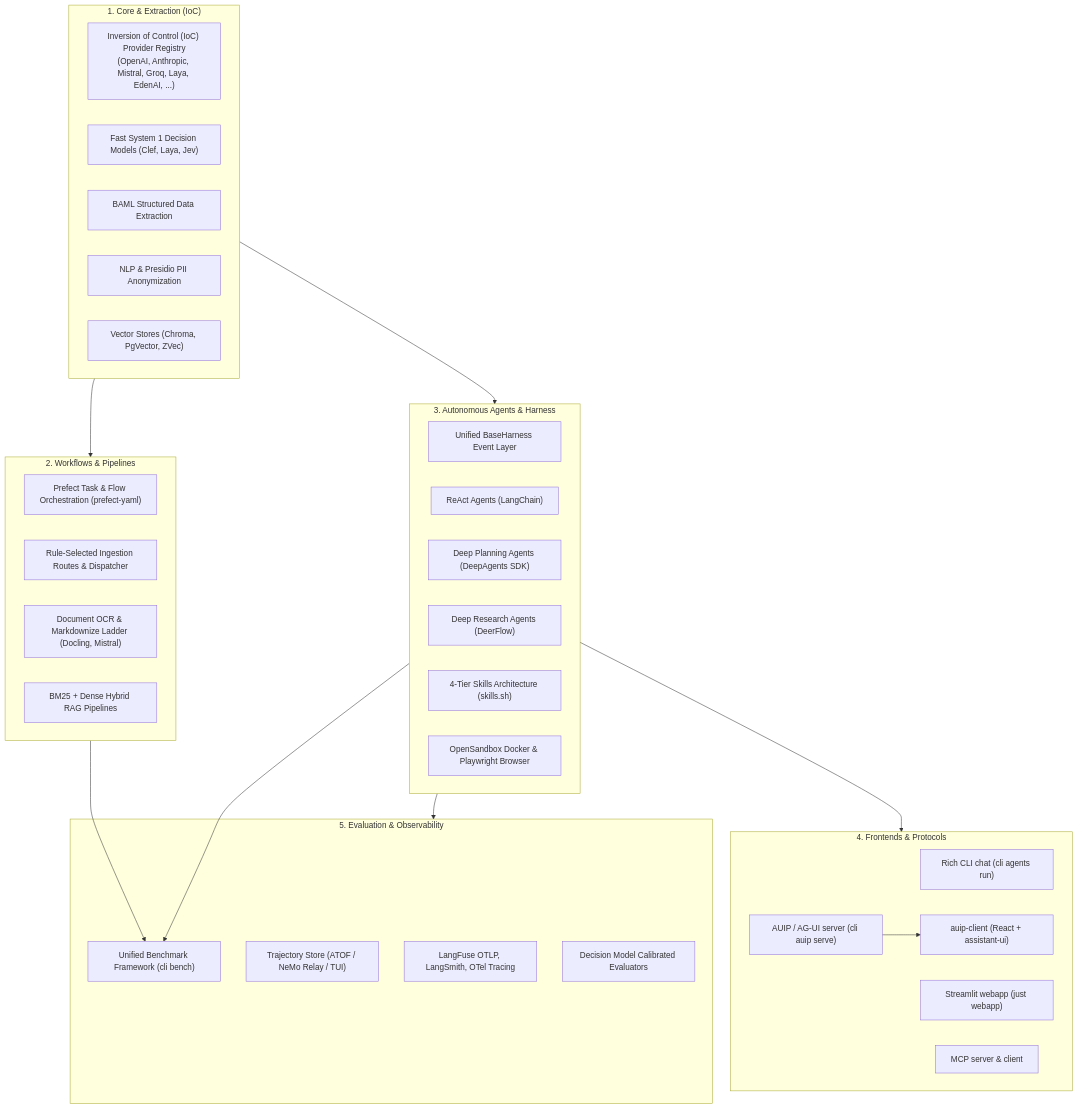
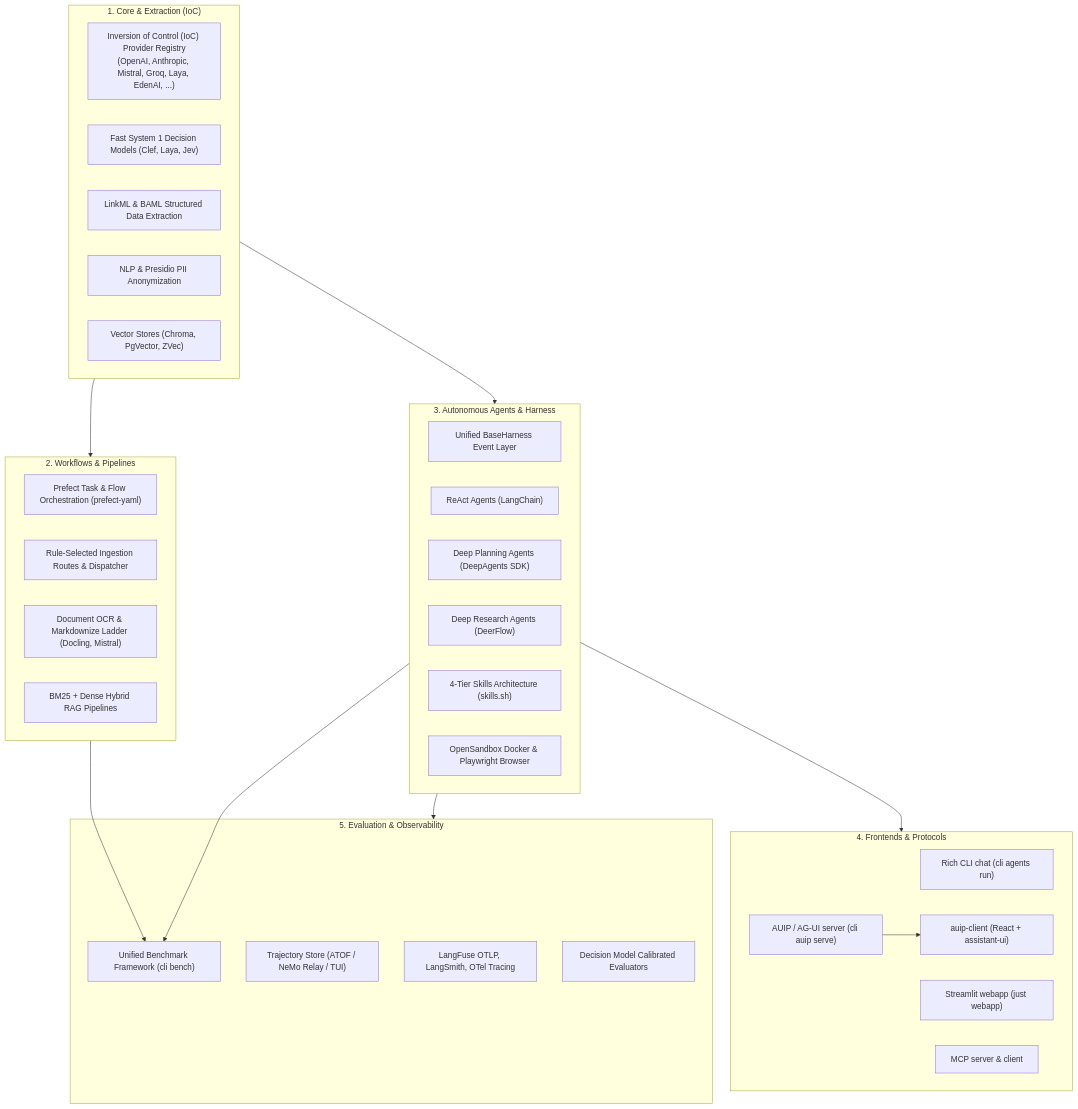
The diagram in README.md (tclatos/genai-tk), drawn with Mermaid before and after one commit. The commit also changed other lines of this file and 59 other files, not shown here.

First line of the commit message:
feat(linkml): implement Phase 0 and 1 of LinkML extraction and cli linkml tooling

````diff
--- a/README.md
+++ b/README.md
@@ -14,49 +14,49 @@
 ```mermaid
 flowchart TD
     subgraph Core["1. Core & Extraction (IoC)"]
         LLM["Inversion of Control (IoC) Provider Registry<br/>(OpenAI, Anthropic, Mistral, Groq, Laya, EdenAI, ...)"]
         DECIDE["Fast System 1 Decision Models (Clef, Laya, Jev)"]
-        BAML["BAML Structured Data Extraction"]
+        BAML["LinkML & BAML Structured Data Extraction"]
         NLP["NLP & Presidio PII Anonymization"]
         VEC["Vector Stores (Chroma, PgVector, ZVec)"]
     end
 
     subgraph Orchestration["2. Workflows & Pipelines"]
         PREF["Prefect Task & Flow Orchestration (prefect-yaml)"]
         DSL["Rule-Selected Ingestion Routes & Dispatcher"]
         DOC["Document OCR & Markdownize Ladder (Docling, Mistral)"]
         RAG["BM25 + Dense Hybrid RAG Pipelines"]
     end
 
     subgraph Agentic["3. Autonomous Agents & Harness"]
         HARNESS["Unified BaseHarness Event Layer"]
         REACT["ReAct Agents (LangChain)"]
         DEEP["Deep Planning Agents (DeepAgents SDK)"]
         DEER["Deep Research Agents (DeerFlow)"]
         SKILLS["4-Tier Skills Architecture (skills.sh)"]
         SANDBOX["OpenSandbox Docker & Playwright Browser"]
     end
 
     subgraph Frontends["4. Frontends & Protocols"]
         CLIUI["Rich CLI chat (cli agents run)"]
         STUI["Streamlit webapp (just webapp)"]
         AUIP["AUIP / AG-UI server (cli auip serve)"]
         WEBC["auip-client (React + assistant-ui)"]
         MCPS["MCP server & client"]
     end
 
     subgraph Observability["5. Evaluation & Observability"]
         BENCH["Unified Benchmark Framework (cli bench)"]
         TRAJ["Trajectory Store (ATOF / NeMo Relay / TUI)"]
         MON["LangFuse OTLP, LangSmith, OTel Tracing"]
         EVALS["Decision Model Calibrated Evaluators"]
     end
 
     Core --> Orchestration
     Core --> Agentic
     Orchestration --> BENCH
     Agentic --> BENCH
     Agentic --> Frontends
     AUIP --> WEBC
     Agentic --> Observability
 ```
````
